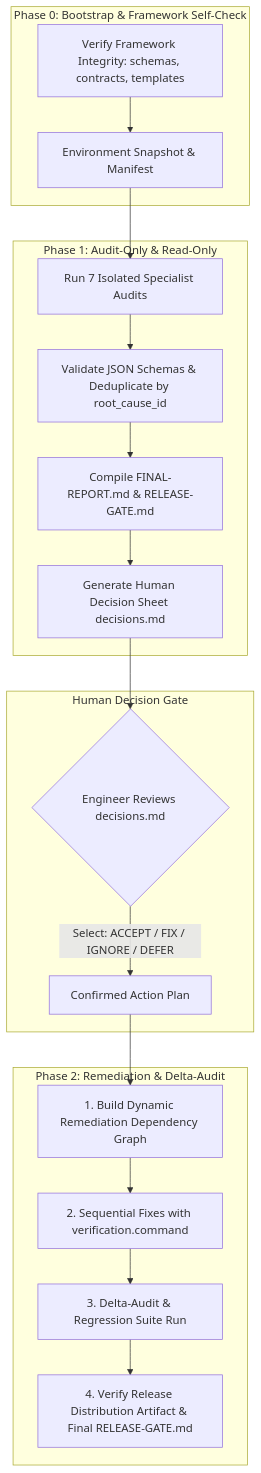
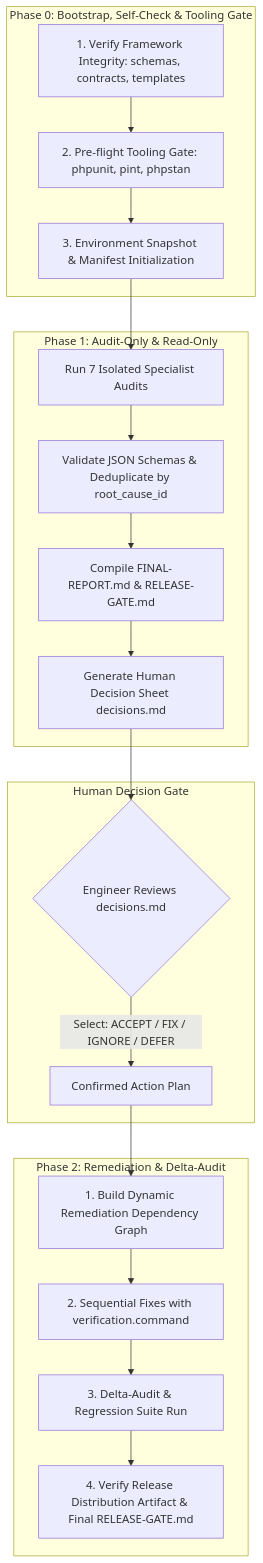
The diagram in README.md (alex-kassel/laravel-package-audit), drawn with Mermaid before and after one commit. The commit also changed other lines of this file and 2 other files, not shown here.

Commit message:
feat(orchestrator): mandate pre-flight tooling readiness gate on turn 1 before deep audit

````diff
--- a/README.md
+++ b/README.md
@@ -81,25 +81,26 @@
 ```mermaid
 flowchart TD
-    subgraph Phase 0 [Phase 0: Bootstrap & Framework Self-Check]
-        S0[Verify Framework Integrity: schemas, contracts, templates] --> A[Environment Snapshot & Manifest]
+    subgraph Phase 0 [Phase 0: Bootstrap, Self-Check & Tooling Gate]
+        S0[1. Verify Framework Integrity: schemas, contracts, templates] --> T0[2. Pre-flight Tooling Gate: phpunit, pint, phpstan]
+        T0 --> A[3. Environment Snapshot & Manifest Initialization]
     end
 
     subgraph Phase 1 [Phase 1: Audit-Only & Read-Only]
         A --> B[Run 7 Isolated Specialist Audits]
         B --> C[Validate JSON Schemas & Deduplicate by root_cause_id]
         C --> D[Compile FINAL-REPORT.md & RELEASE-GATE.md]
         D --> E[Generate Human Decision Sheet decisions.md]
     end
 
     subgraph Gate [Human Decision Gate]
         E --> F{Engineer Reviews decisions.md}
         F -->|Select: ACCEPT / FIX / IGNORE / DEFER| G[Confirmed Action Plan]
     end
 
     subgraph Phase 2 [Phase 2: Remediation & Delta-Audit]
         G --> H[1. Build Dynamic Remediation Dependency Graph]
         H --> I[2. Sequential Fixes with verification.command]
         I --> J[3. Delta-Audit & Regression Suite Run]
         J --> K[4. Verify Release Distribution Artifact & Final RELEASE-GATE.md]
     end
 ```
````
